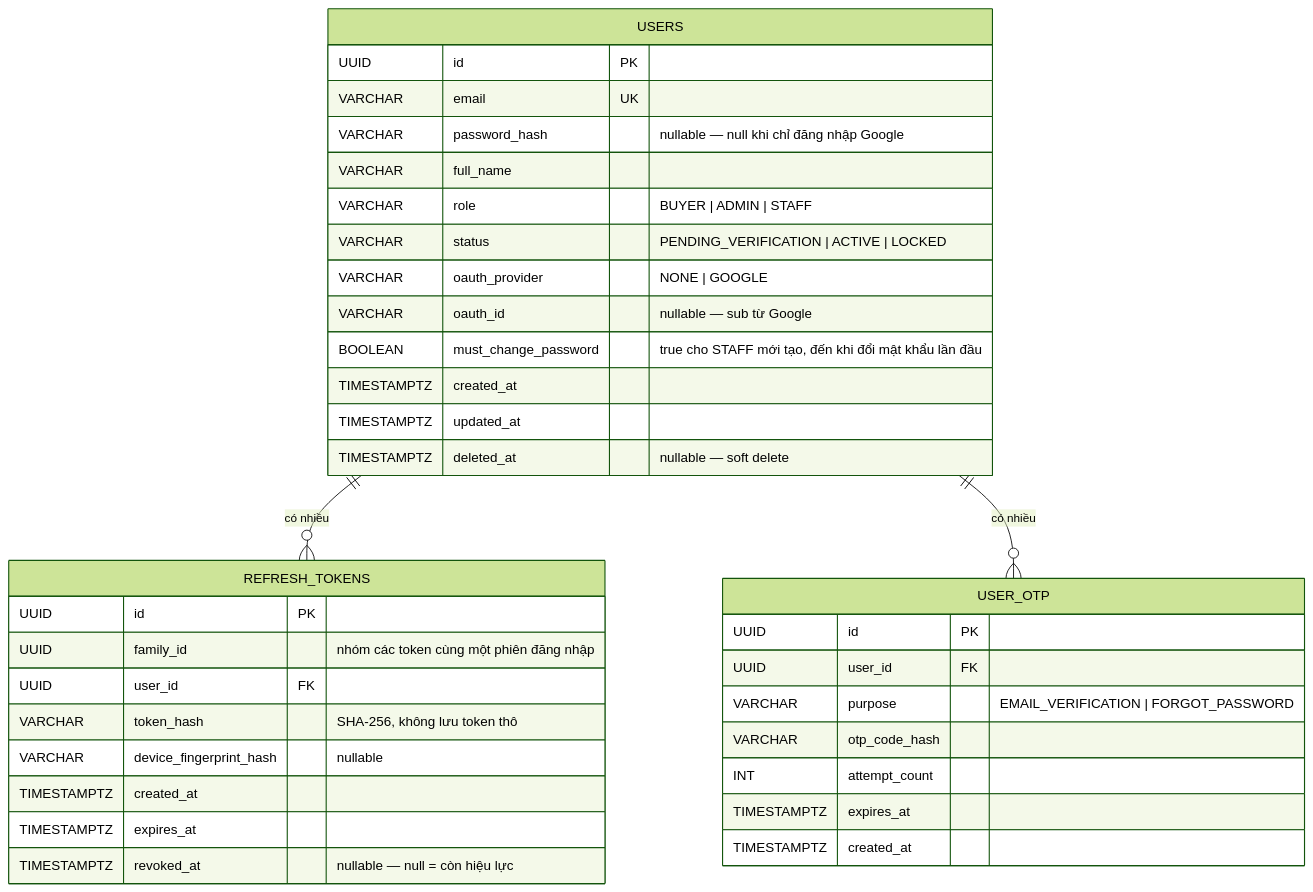
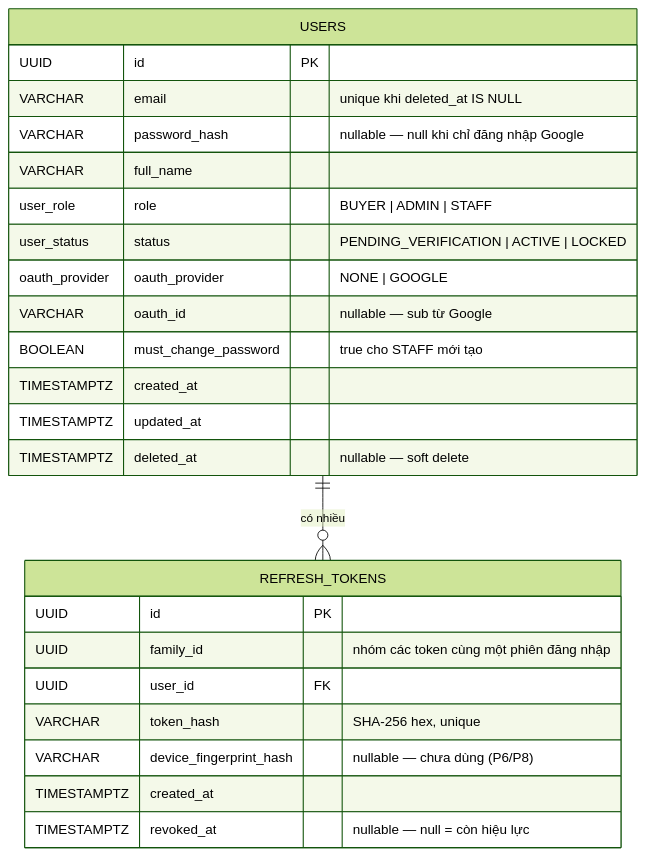
Before and after one commit to TrungLe05/vantix: the second of 8 diagrams in docs/auth/P1_auth_design.md, drawn with Mermaid (forest theme). The commit also changed other lines of this file and 21 other files, not shown here.

````diff
--- a/docs/auth/P1_auth_design.md
+++ b/docs/auth/P1_auth_design.md
@@ -53,41 +55,29 @@
 ```mermaid
 erDiagram
     USERS ||--o{ REFRESH_TOKENS : "có nhiều"
-    USERS ||--o{ USER_OTP : "có nhiều"
 
     USERS {
         UUID id PK
-        VARCHAR email UK
+        VARCHAR email "unique khi deleted_at IS NULL"
         VARCHAR password_hash "nullable — null khi chỉ đăng nhập Google"
         VARCHAR full_name
-        VARCHAR role "BUYER | ADMIN | STAFF"
-        VARCHAR status "PENDING_VERIFICATION | ACTIVE | LOCKED"
-        VARCHAR oauth_provider "NONE | GOOGLE"
+        user_role role "BUYER | ADMIN | STAFF"
+        user_status status "PENDING_VERIFICATION | ACTIVE | LOCKED"
+        oauth_provider oauth_provider "NONE | GOOGLE"
         VARCHAR oauth_id "nullable — sub từ Google"
-        BOOLEAN must_change_password "true cho STAFF mới tạo, đến khi đổi mật khẩu lần đầu"
+        BOOLEAN must_change_password "true cho STAFF mới tạo"
         TIMESTAMPTZ created_at
         TIMESTAMPTZ updated_at
         TIMESTAMPTZ deleted_at "nullable — soft delete"
     }
 
     REFRESH_TOKENS {
         UUID id PK
         UUID family_id "nhóm các token cùng một phiên đăng nhập"
         UUID user_id FK
-        VARCHAR token_hash "SHA-256, không lưu token thô"
-        VARCHAR device_fingerprint_hash "nullable"
+        VARCHAR token_hash "SHA-256 hex, unique"
+        VARCHAR device_fingerprint_hash "nullable — chưa dùng (P6/P8)"
         TIMESTAMPTZ created_at
-        TIMESTAMPTZ expires_at
         TIMESTAMPTZ revoked_at "nullable — null = còn hiệu lực"
     }
-
-    USER_OTP {
-        UUID id PK
-        UUID user_id FK
-        VARCHAR purpose "EMAIL_VERIFICATION | FORGOT_PASSWORD"
-        VARCHAR otp_code_hash
-        INT attempt_count
-        TIMESTAMPTZ expires_at
-        TIMESTAMPTZ created_at
-    }
 ```
````
